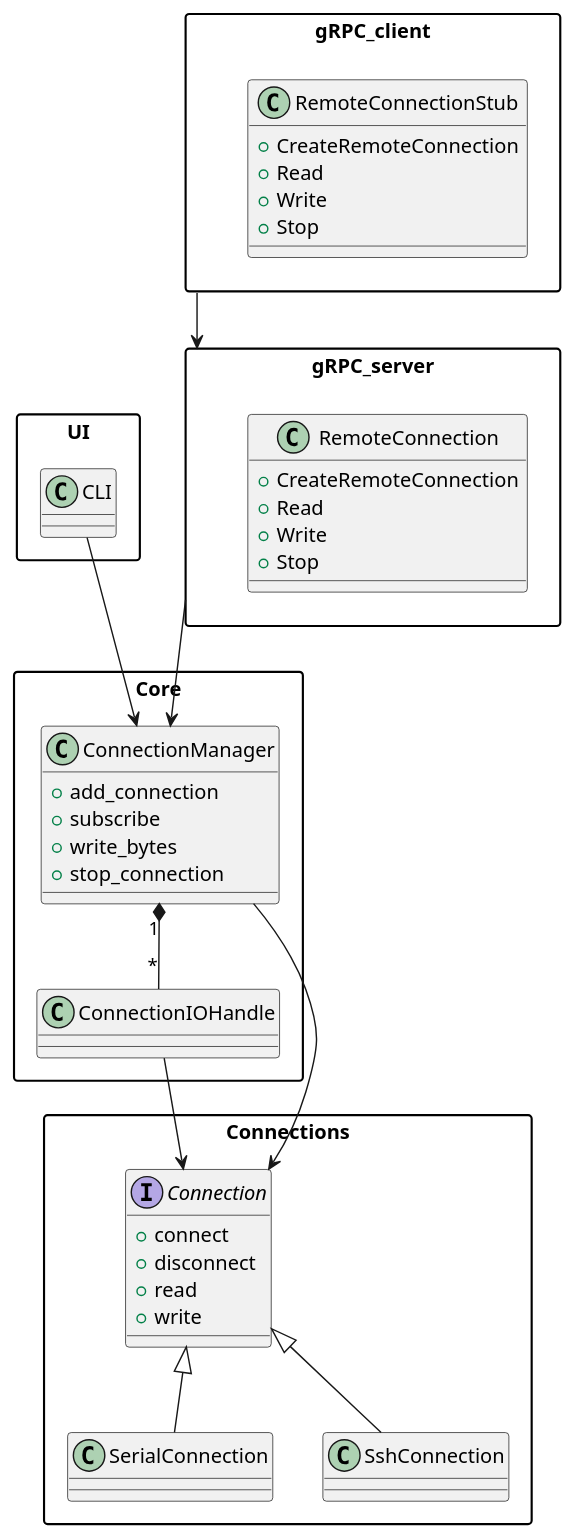
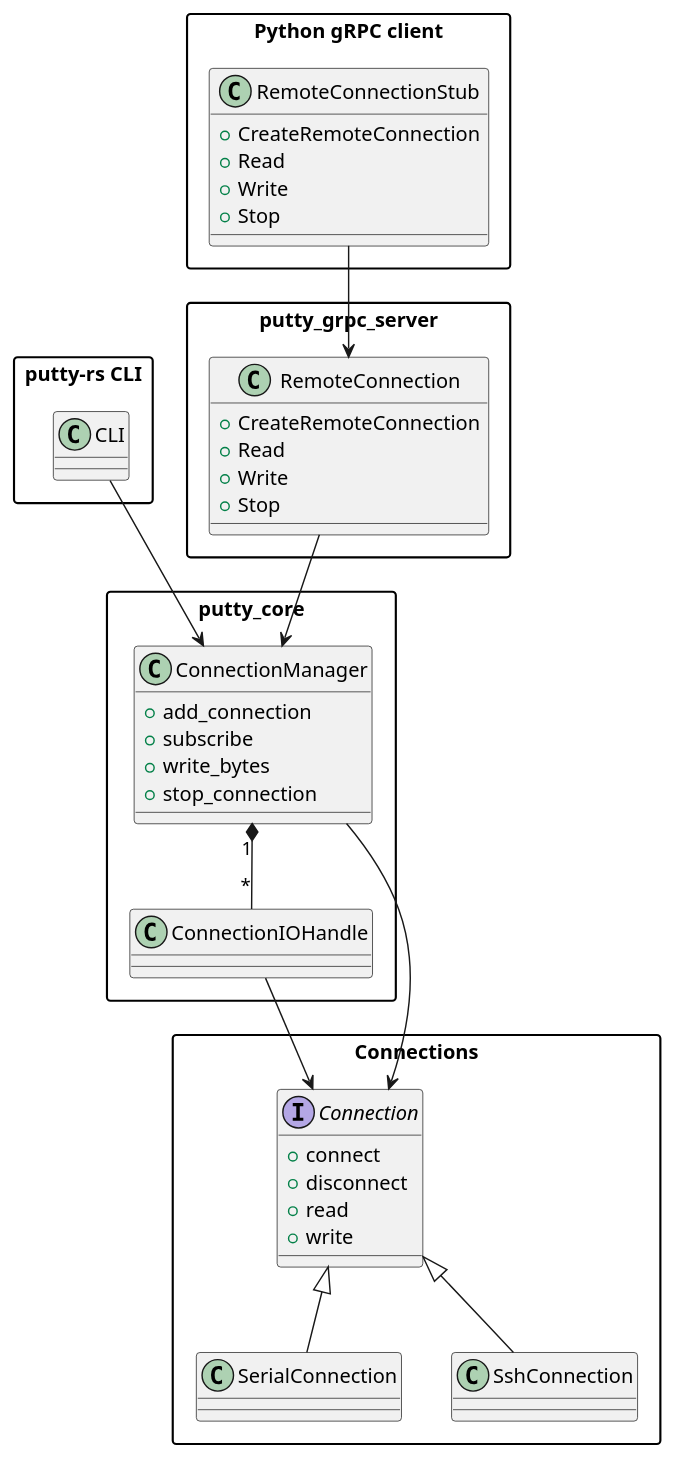
Before and after one commit to simon-rechermann/putty_rs_async: the diagram in docs/puml/arch_level2.puml, drawn with PlantUML. The commit also changed 6 other files, not shown here.

```diff
--- a/docs/puml/arch_level2.puml
+++ b/docs/puml/arch_level2.puml
@@ -1,61 +1,61 @@
 @startuml ArchLevel2
 
 allowmixing
 
 skinparam packageStyle rectangle
 skinparam packageBackgroundColor White
 
-package UI {
+package "putty-rs CLI" {
     class CLI
 }
 
-package gRPC_server {
+package "putty_grpc_server" {
     class RemoteConnection {
         + CreateRemoteConnection
         + Read
         + Write
         + Stop
     }
 }
 
-package gRPC_client {
+package "Python gRPC client" {
     class RemoteConnectionStub {
         + CreateRemoteConnection
         + Read
         + Write
         + Stop
     }
 }
 
-package Core {
+package "putty_core" {
     class ConnectionIOHandle
     class ConnectionManager
      {
         + add_connection
         + subscribe
         + write_bytes
         + stop_connection
     }
     ConnectionManager "1" *-- "*" ConnectionIOHandle
 }
 
 package Connections {
     interface Connection {
         + connect
         + disconnect
         + read
         + write
     }
     class SerialConnection {}
     class SshConnection {}
     Connection <|-- SerialConnection
     Connection <|-- SshConnection
 }
 
 CLI --> ConnectionManager
-gRPC_client --> gRPC_server
-gRPC_server --> ConnectionManager
+RemoteConnectionStub --> RemoteConnection
+RemoteConnection --> ConnectionManager
 ConnectionIOHandle --> Connection
 ConnectionManager --> Connection
 
 @enduml
```
